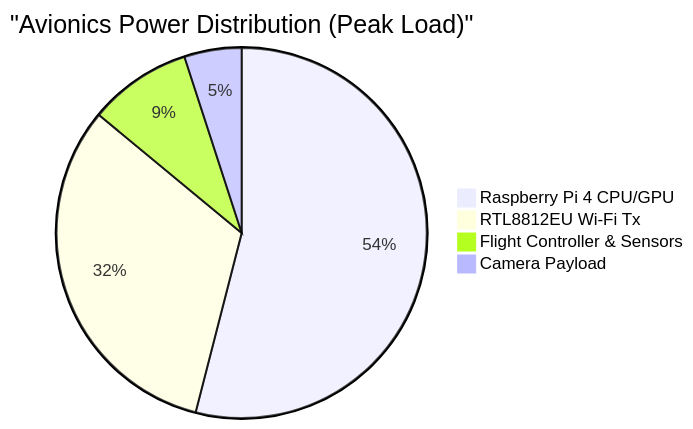
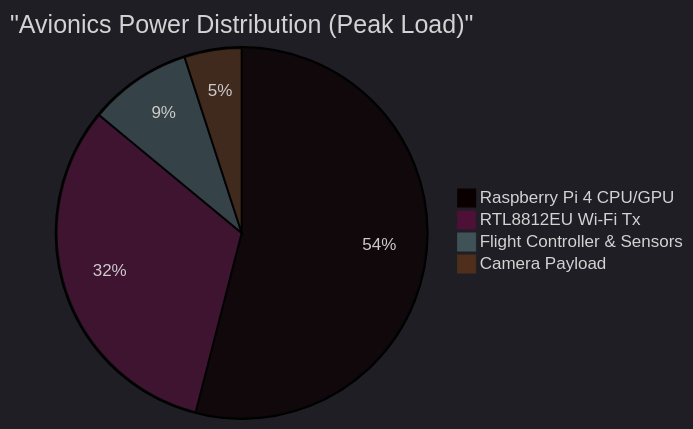
One commit to ironLegion88/Autonomous-UAV changed the second of 3 diagrams in docs/Power_Consumption_and_Budget.md. Above: the diagram before and after it, drawn with Mermaid. The commit also changed other lines of this file and 10 other files, not shown here.

Commit message:
docs: Improve Mermaid theming contrast

````diff
--- a/docs/Power_Consumption_and_Budget.md
+++ b/docs/Power_Consumption_and_Budget.md
@@ -63,7 +64,8 @@
 ```mermaid
+%%{init: {'theme': 'dark', 'themeVariables': {'fontSize': '14px', 'primaryColor': '#1e1e1e', 'primaryTextColor': '#ffffff'}, 'pie': {'useMaxWidth': true}}}%%
 pie title "Avionics Power Distribution (Peak Load)"
     "Raspberry Pi 4 CPU/GPU" : 54
     "RTL8812EU Wi-Fi Tx" : 32
     "Flight Controller & Sensors" : 9
     "Camera Payload" : 5
 ```
````
